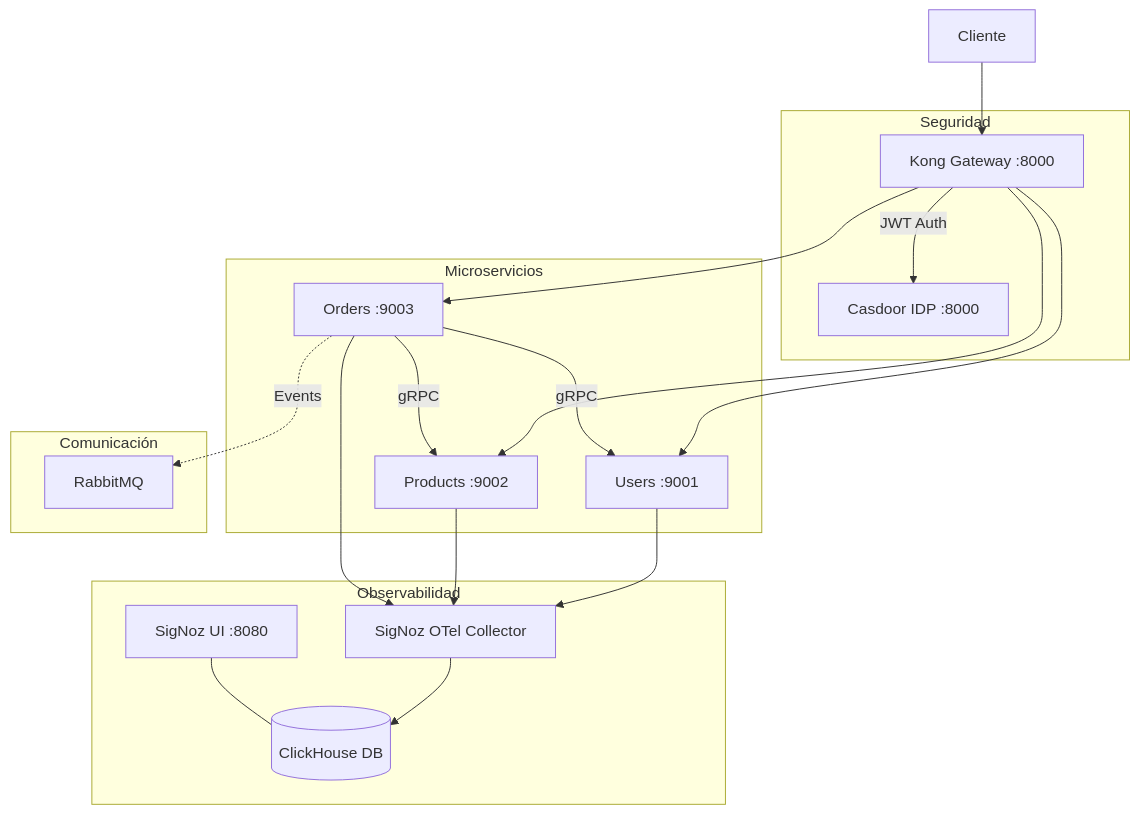
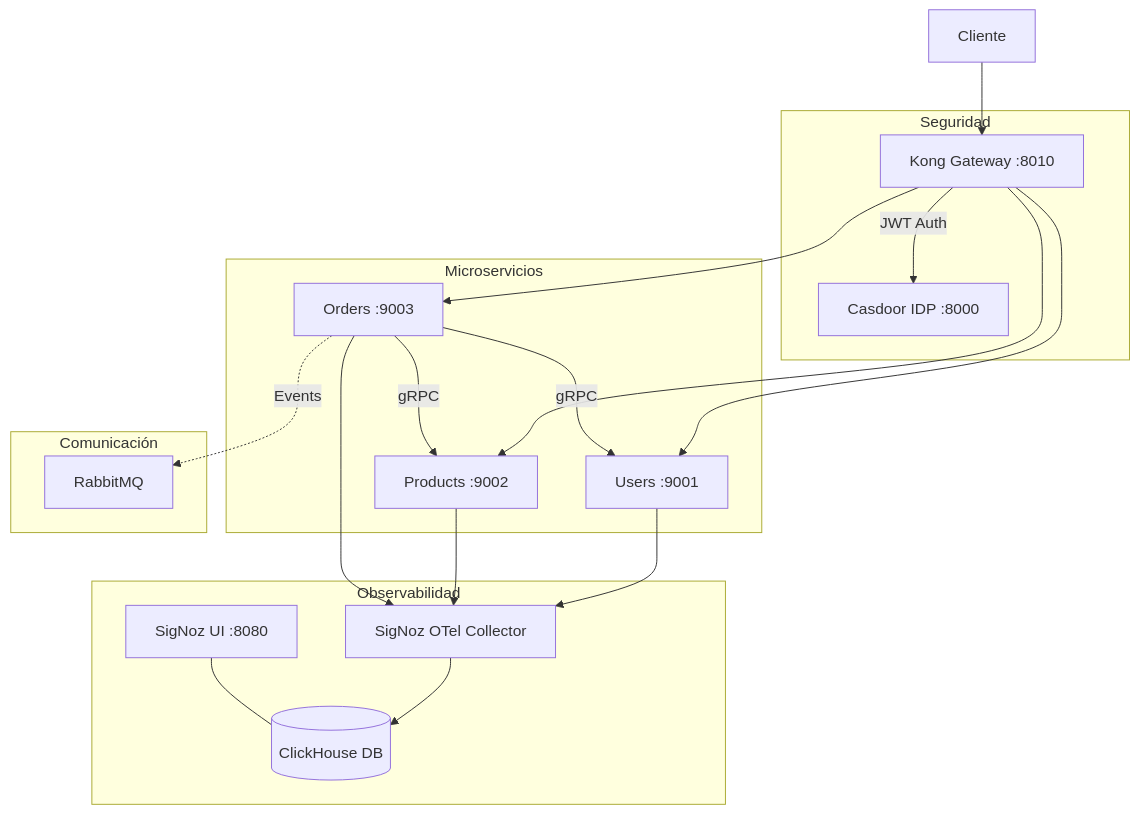
Before and after one commit to bleidertcs/ecommerce-microservices: the diagram in ECOMMERCE_SERVICES.md, drawn with Mermaid. The commit also changed other lines of this file and 22 other files, not shown here.

````diff
--- a/ECOMMERCE_SERVICES.md
+++ b/ECOMMERCE_SERVICES.md
@@ -36,30 +36,30 @@
 ```mermaid
 graph TD
-    Client[Cliente] --> Kong[Kong Gateway :8000]
+    Client[Cliente] --> Kong[Kong Gateway :8010]
 
     subgraph "Seguridad"
         Kong --> |JWT Auth| CD[Casdoor IDP :8000]
     end
 
     subgraph "Microservicios"
         Kong --> Users[Users :9001]
         Kong --> Products[Products :9002]
         Kong --> Orders[Orders :9003]
     end
 
     subgraph "Comunicación"
         Orders --> |gRPC| Users
         Orders --> |gRPC| Products
         Orders -.-> |Events| RMQ[RabbitMQ]
     end
 
     subgraph "Observabilidad"
         OTEL[SigNoz OTel Collector]
         CH[(ClickHouse DB)]
         SN[SigNoz UI :8080]
 
         Users & Products & Orders --> OTEL
         OTEL --> CH
         SN --- CH
     end
 ```
````
